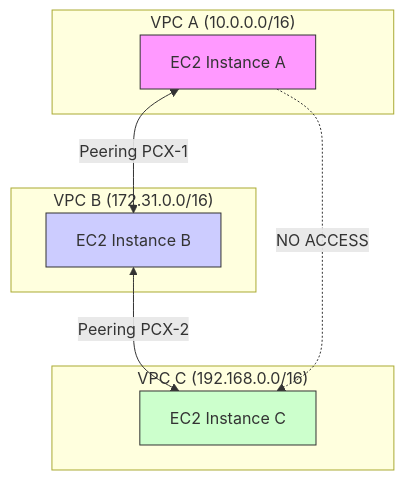
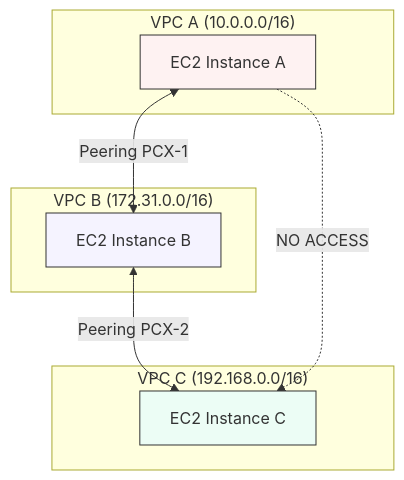
One commit to Root-Shells/aws_scs_udemy changed the diagram in domain_3_infrastructure_security/vpc_peering.md. Above: the diagram before and after it, drawn with Mermaid. The commit also changed 2 other files, not shown here.

Commit message:
fixed mermaid diagrams

````diff
--- a/domain_3_infrastructure_security/vpc_peering.md
+++ b/domain_3_infrastructure_security/vpc_peering.md
@@ -31,20 +31,20 @@
 ```mermaid
 graph TD
     subgraph "VPC A (10.0.0.0/16)"
         InstanceA["EC2 Instance A"]
     end
     subgraph "VPC B (172.31.0.0/16)"
         InstanceB["EC2 Instance B"]
     end
     subgraph "VPC C (192.168.0.0/16)"
         InstanceC["EC2 Instance C"]
     end
 
     InstanceA <-->|Peering PCX-1| InstanceB
     InstanceB <-->|Peering PCX-2| InstanceC
     InstanceA -.->|NO ACCESS| InstanceC
 
-    style InstanceA fill:#f9f,stroke:#333
-    style InstanceB fill:#ccf,stroke:#333
-    style InstanceC fill:#cfc,stroke:#333
+    style InstanceA fill:#fef2f2,stroke:#333
+    style InstanceB fill:#f5f3ff,stroke:#333
+    style InstanceC fill:#ecfdf5,stroke:#333
 ```
````
